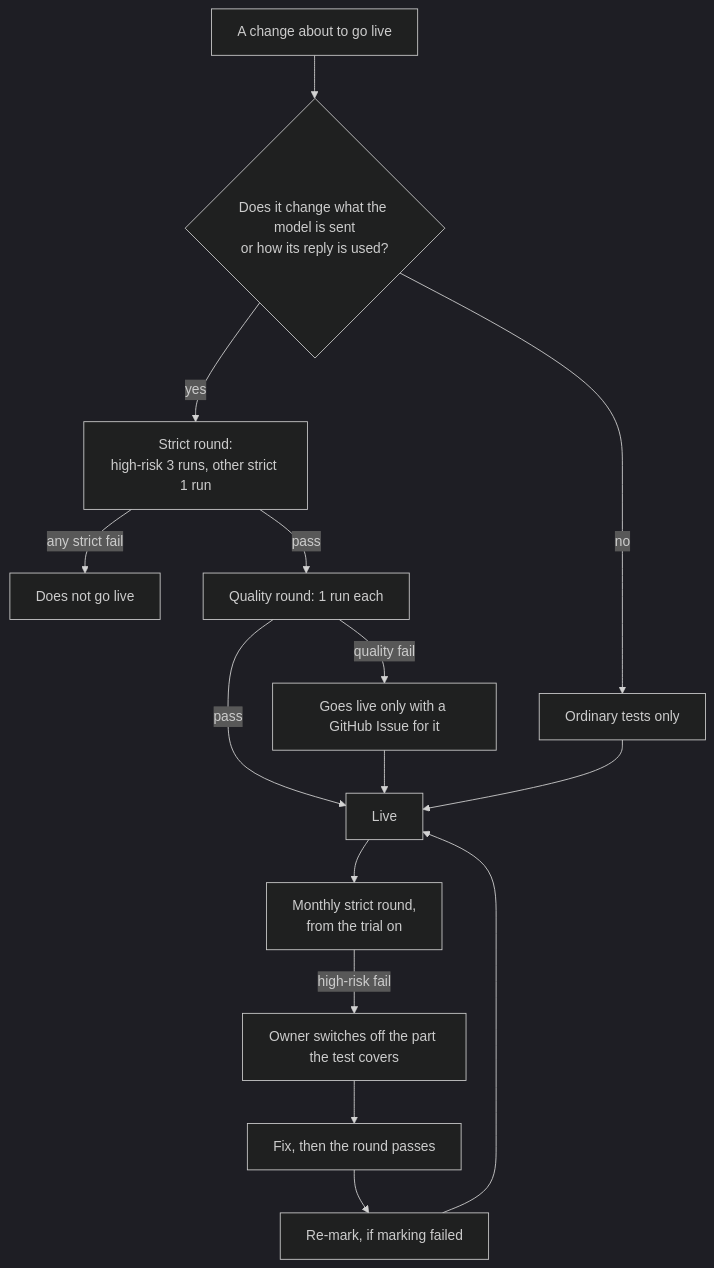
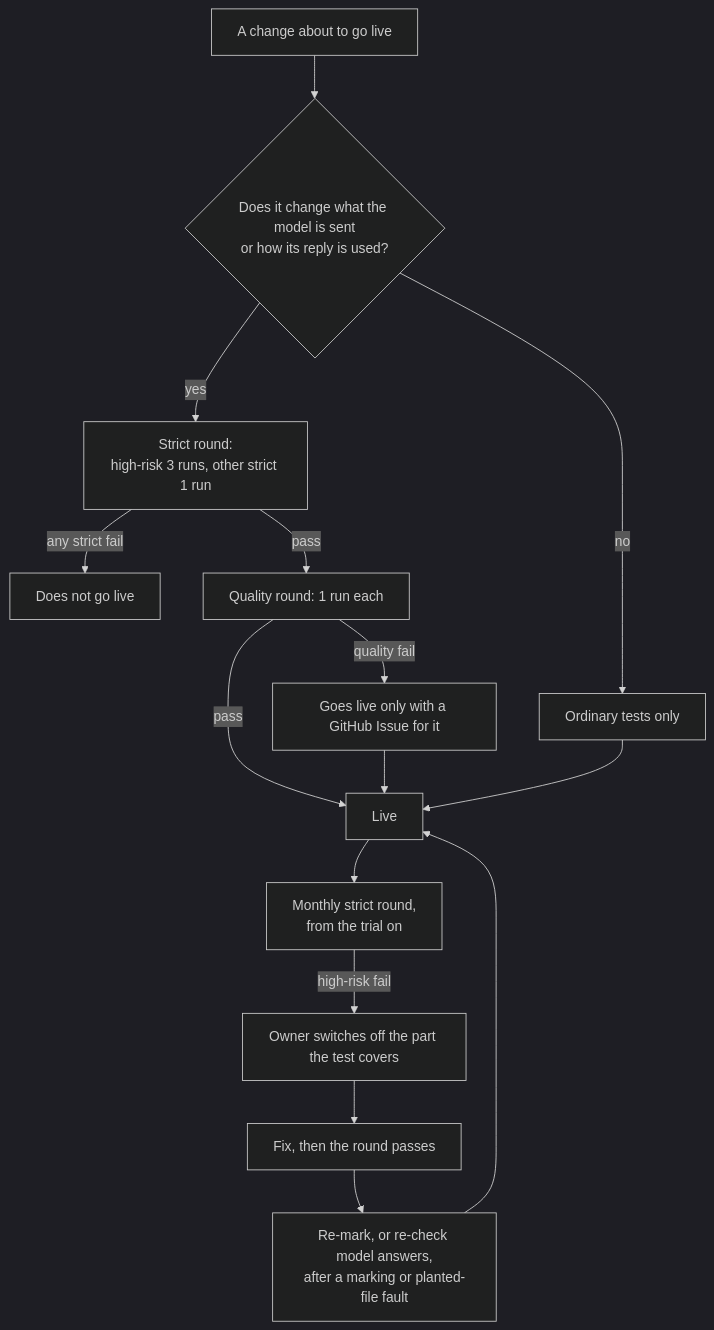
Before and after one commit to calmxz/Crux: the diagram in docs/spec/ai-tests.md, drawn with Mermaid (dark theme). The commit also changed 2 other files, not shown here.

Commit message:
docs(spec): align live-faults wording with the owner's answers (#736)

````diff
--- a/docs/spec/ai-tests.md
+++ b/docs/spec/ai-tests.md
@@ -131,17 +131,17 @@
 ```mermaid
 flowchart TD
   CH[A change about to go live] --> AI{Does it change what the model is sent<br/>or how its reply is used?}
   AI -->|no| OT[Ordinary tests only]
   AI -->|yes| SR[Strict round:<br/>high-risk 3 runs, other strict 1 run]
   SR -->|any strict fail| X[Does not go live]
   SR -->|pass| QR[Quality round: 1 run each]
   QR -->|quality fail| IS[Goes live only with a GitHub Issue for it]
   QR -->|pass| LIVE[Live]
   IS --> LIVE
   OT --> LIVE
   LIVE --> MR[Monthly strict round,<br/>from the trial on]
   MR -->|high-risk fail| OFF[Owner switches off the part the test covers]
   OFF --> FIX[Fix, then the round passes]
-  FIX --> RM[Re-mark, if marking failed]
+  FIX --> RM[Re-mark, or re-check model answers,<br/>after a marking or planted-file fault]
   RM --> LIVE
 ```
````
